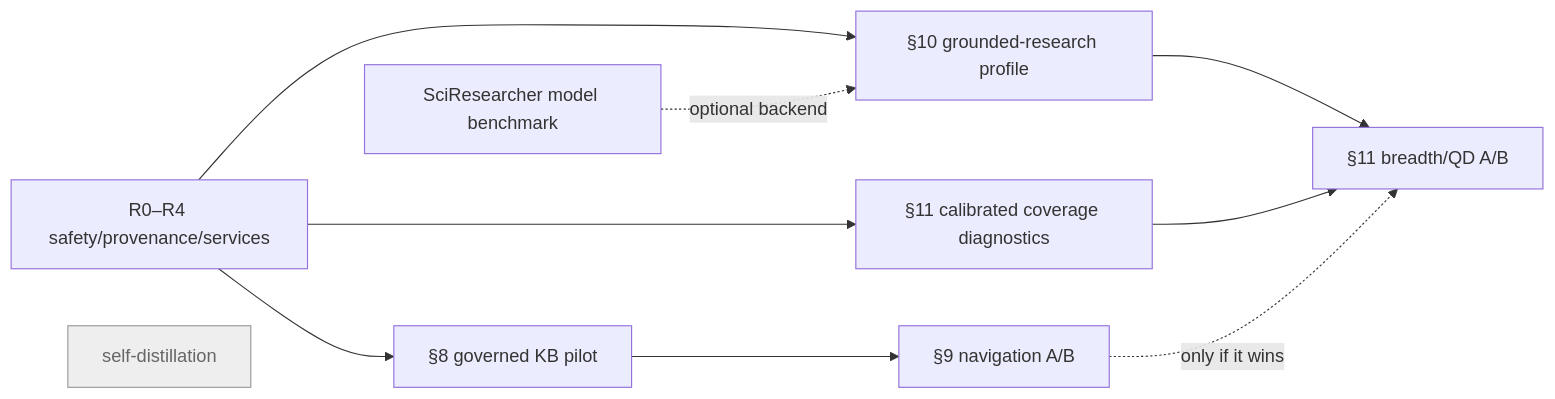
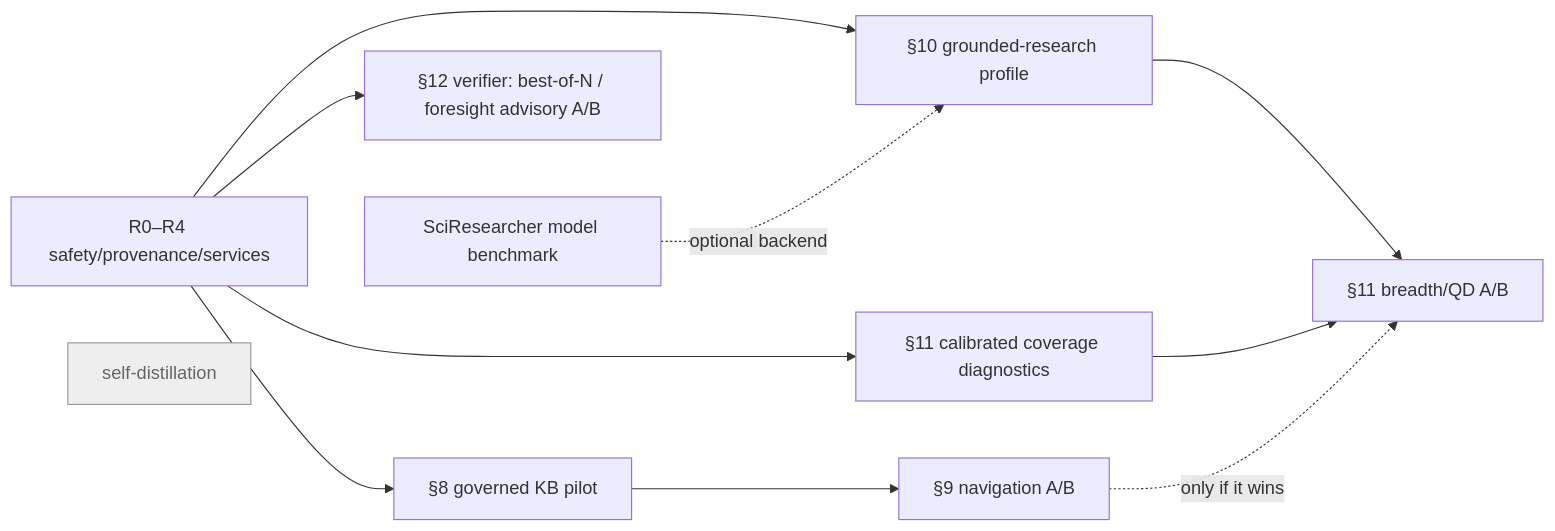
Before and after one commit to ArtyomZemlyak/looplab: the third of 3 diagrams in docs/17-project-review-and-directions-2026-07-11.md, drawn with Mermaid. The commit also changed other lines of this file, not shown here.

First line of the commit message:
docs(17): substance re-scoping (R4→post-stabilization, lean identity vehicle, cost/quality gaps) + add §12 LLM-as-a-Verifier

````diff
--- a/docs/17-project-review-and-directions-2026-07-11.md
+++ b/docs/17-project-review-and-directions-2026-07-11.md
@@ -1051,13 +1225,14 @@
 ```mermaid
 flowchart LR
     S[R0–R4 safety/provenance/services] --> K[§8 governed KB pilot]
     S --> G[§10 grounded-research profile]
     S --> C[§11 calibrated coverage diagnostics]
+    S --> V[§12 verifier: best-of-N / foresight advisory A/B]
     K --> N[§9 navigation A/B]
     G --> B[§11 breadth/QD A/B]
     C --> B
     N -. only if it wins .-> B
     M[SciResearcher model benchmark] -. optional backend .-> G
     T[self-distillation]:::defer
     classDef defer fill:#eee,stroke:#999,color:#666;
 ```
````
